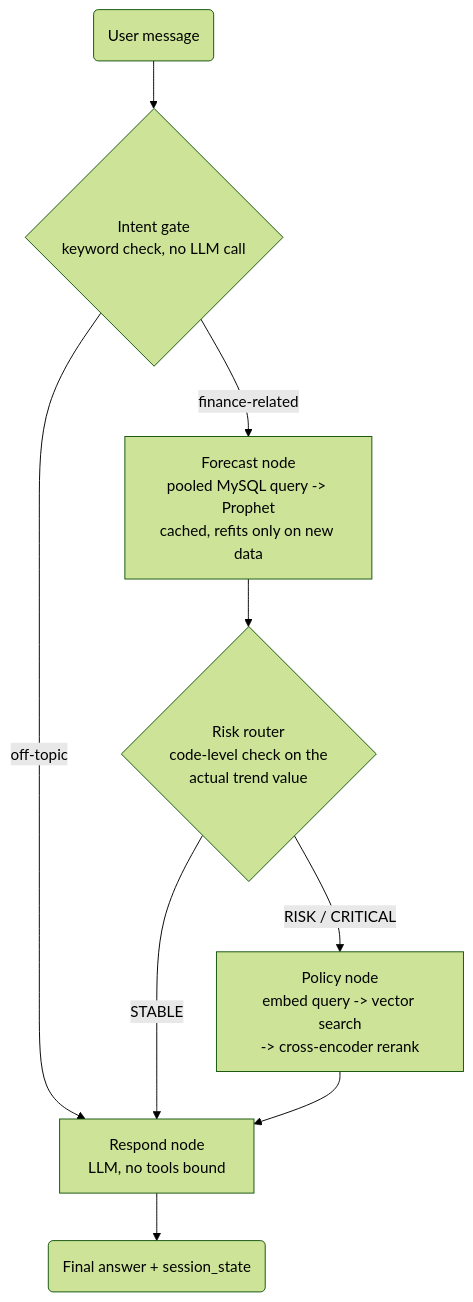
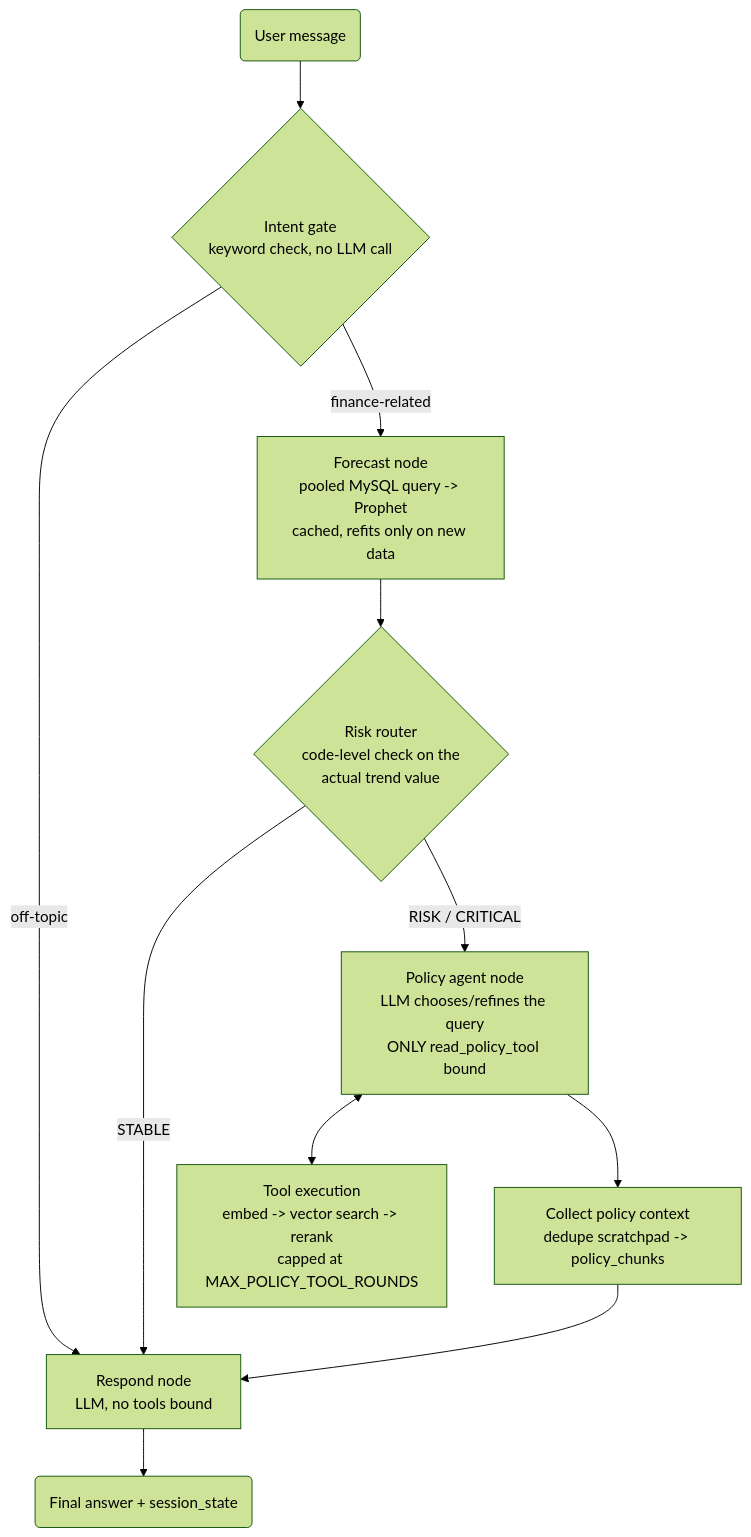
One commit to ad1tya-wq/Corporate-Finance-Risk-Analysis changed the diagram in README.md. Above: the diagram before and after it, drawn with Mermaid (forest theme). The commit also changed other lines of this file and 1 other file, not shown here.

First line of the commit message:
Surface the agent's search queries in the UI, update README

````diff
--- a/README.md
+++ b/README.md
@@ -33,11 +43,13 @@
 ```mermaid
 graph TD
     User(User message) --> Gate{Intent gate<br/>keyword check, no LLM call}
     Gate -- off-topic --> Respond[Respond node<br/>LLM, no tools bound]
     Gate -- finance-related --> Forecast[Forecast node<br/>pooled MySQL query -> Prophet<br/>cached, refits only on new data]
     Forecast --> Router{Risk router<br/>code-level check on the<br/>actual trend value}
     Router -- STABLE --> Respond
-    Router -- RISK / CRITICAL --> Policy[Policy node<br/>embed query -> vector search<br/>-> cross-encoder rerank]
-    Policy --> Respond
+    Router -- RISK / CRITICAL --> PolicyAgent[Policy agent node<br/>LLM chooses/refines the query<br/>ONLY read_policy_tool bound]
+    PolicyAgent <--> PolicyTools[Tool execution<br/>embed -> vector search -> rerank<br/>capped at MAX_POLICY_TOOL_ROUNDS]
+    PolicyAgent --> Collect[Collect policy context<br/>dedupe scratchpad -> policy_chunks]
+    Collect --> Respond
     Respond --> Answer(Final answer + session_state)
 ```
````
